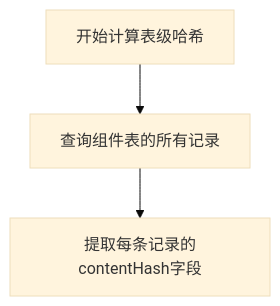
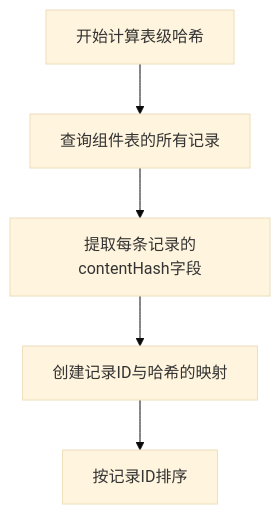
The diagram in all/未命名-42.md (yingjianzh/iodraw-files), drawn with Mermaid (base theme) before and after one commit.

Commit message:
2025-04-24 15:07:28 update

````diff
--- a/all/未命名-42.md
+++ b/all/未命名-42.md
@@ -1,10 +1,11 @@
 ```mermaid
 flowchart TD
     Start[开始计算表级哈希] --> QueryRecords[查询组件表的所有记录]
     QueryRecords --> ExtractHashes[提取每条记录的contentHash字段]
-
+    ExtractHashes --> CreateHashMap[创建记录ID与哈希的映射]
+    CreateHashMap --> SortByIds[按记录ID排序]
 
     
     
     
 ```
````
